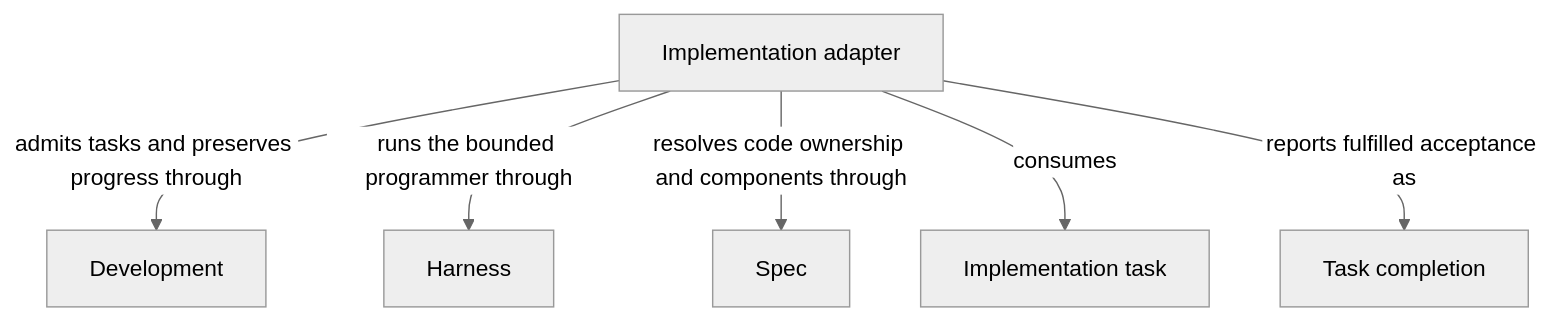
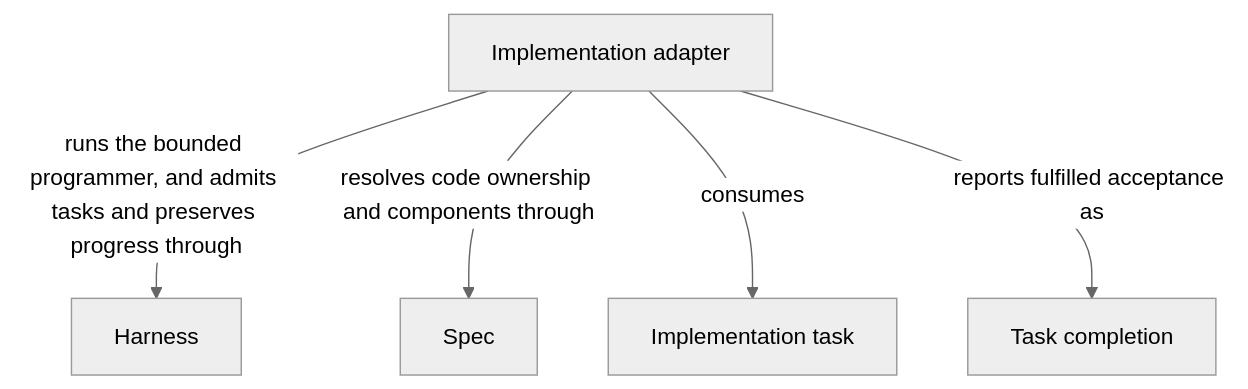
Before and after one commit to FTOD/concorde: the diagram in specs/concorde/implementation/module.md, drawn with Mermaid (neutral theme). The commit also changed other lines of this file and 82 other files, not shown here.

````diff
--- a/specs/concorde/implementation/module.md
+++ b/specs/concorde/implementation/module.md
@@ -78,16 +80,14 @@
 ```mermaid
 flowchart TB
     accTitle: Implementation entities and dependencies
     accDescr: Implementation consumes admitted tasks, resolves code ownership through Spec, binds a programmer through Harness and records task fulfillment through the host. Completion does not mark ready.
     e0["Implementation adapter"]
-    e1["Development"]
     e2["Harness"]
     e3["Spec"]
-    e0 -->|admits tasks and preserves progress through| e1
-    e0 -->|runs the bounded programmer through| e2
+    e0 -->|runs the bounded programmer, and admits tasks and preserves progress through| e2
     e0 -->|resolves code ownership and components through| e3
     domain_task_input["Implementation task"]
     e0 -->|consumes| domain_task_input
     domain_completion["Task completion"]
     e0 -->|reports fulfilled acceptance as| domain_completion
 ```
````
